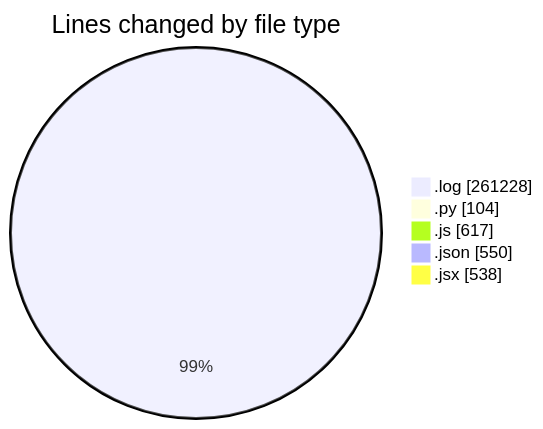
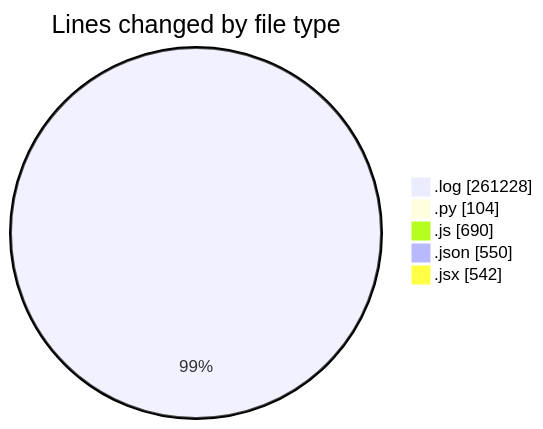
One commit to nxtqubesakshisongat/code-tracking changed the first of 2 diagrams in 2025-04-10/nxtqube_webapp/README.md. Above: the diagram before and after it, drawn with Mermaid. The commit also changed other lines of this file and 1 other file, not shown here.

````diff
--- a/2025-04-10/nxtqube_webapp/README.md
+++ b/2025-04-10/nxtqube_webapp/README.md
@@ -24,9 +25,9 @@
 ```mermaid
 pie showData
 title Lines changed by file type
 ".log" : 261228
 ".py" : 104
-".js" : 617
+".js" : 690
 ".json" : 550
-".jsx" : 538
+".jsx" : 542
 ```
````
